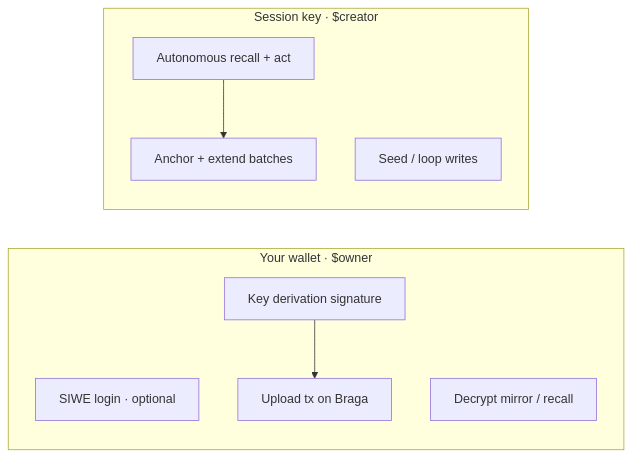
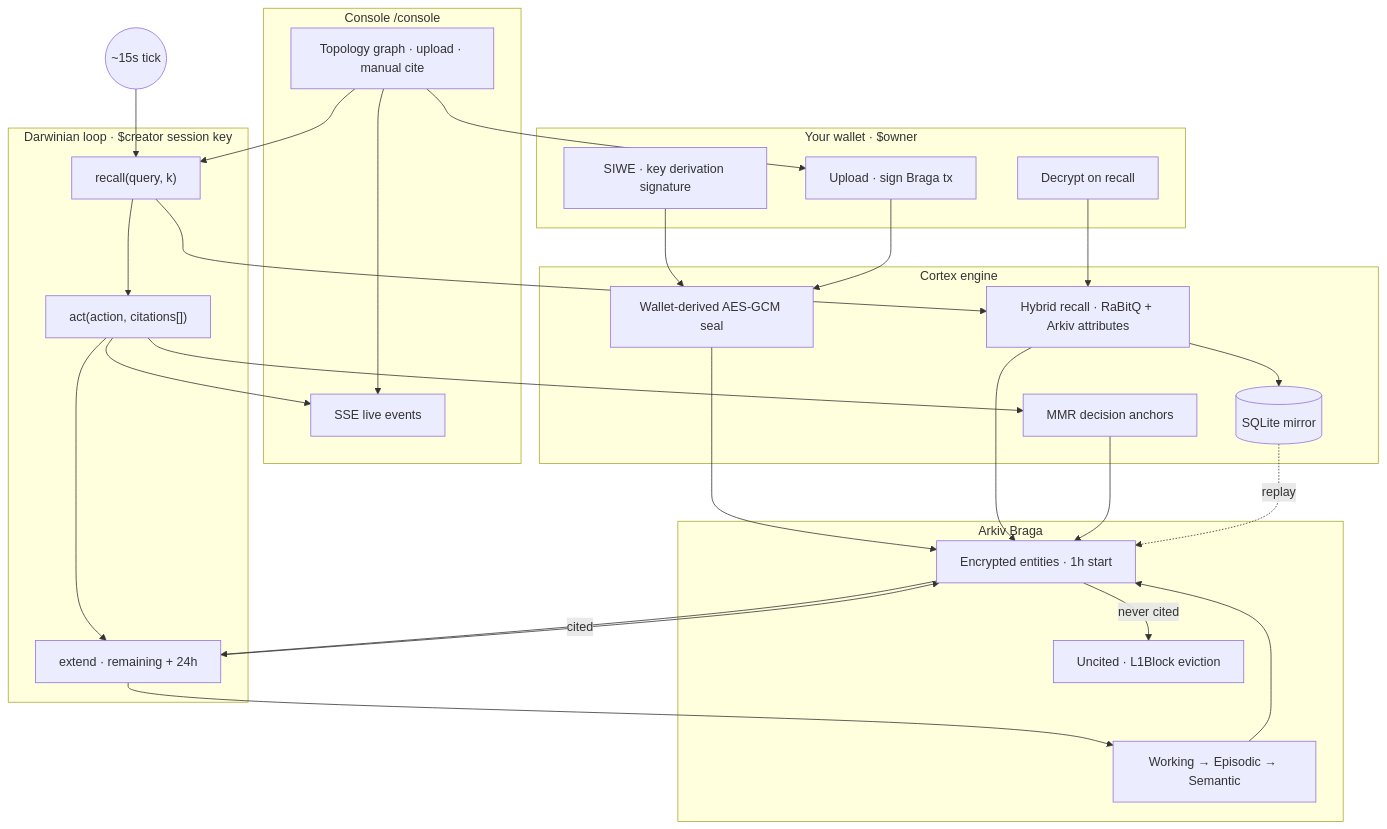
One commit to LingSiewWin/Cortex changed the diagram in README.md. Above: the diagram before and after it, drawn with Mermaid. The commit also changed other lines of this file, not shown here.

````diff
--- a/README.md
+++ b/README.md
@@ -161,16 +86,60 @@
 ```mermaid
-flowchart LR
-  subgraph You["Your wallet · $owner"]
-    U1[SIWE login · optional]
-    U2[Key derivation signature]
-    U3[Upload tx on Braga]
-    U4[Decrypt mirror / recall]
+flowchart TB
+  subgraph Owner["Your wallet · $owner"]
+    KD[SIWE · key derivation signature]
+    UP[Upload · sign Braga tx]
+    DEC[Decrypt on recall]
   end
-  subgraph Server["Session key · $creator"]
-    S1[Autonomous recall + act]
-    S2[Seed / loop writes]
-    S3[Anchor + extend batches]
+
+  subgraph Console["Console /console"]
+    UI[Topology graph · upload · manual cite]
+    SSE[SSE live events]
   end
-  U2 --> U3
-  S1 --> S3
+
+  subgraph Agent["Darwinian loop · $creator session key"]
+    REC["recall(query, k)"]
+    ACT["act(action, citations[])"]
+    EXT["extend · remaining + 24h"]
+  end
+
+  subgraph Engine["Cortex engine"]
+    RQ[Hybrid recall · RaBitQ + Arkiv attributes]
+    SEAL[Wallet-derived AES-GCM seal]
+    MIRROR[(SQLite mirror)]
+    PROOF[MMR decision anchors]
+  end
+
+  subgraph Arkiv["Arkiv Braga"]
+    MEM[Encrypted entities · 1h start]
+    LIFE[Working → Episodic → Semantic]
+    EVICT[Uncited · L1Block eviction]
+  end
+
+  UI --> UP
+  UI --> REC
+  UI --> SSE
+
+  KD --> SEAL
+  UP --> SEAL
+  SEAL --> MEM
+
+  REC --> RQ
+  RQ --> MIRROR
+  RQ --> MEM
+  DEC --> RQ
+
+  REC --> ACT
+  ACT --> EXT
+  EXT --> MEM
+  EXT --> LIFE
+  ACT --> PROOF
+  PROOF --> MEM
+  ACT --> SSE
+
+  LOOP((~15s tick)) --> REC
+
+  MEM -->|cited| EXT
+  MEM -->|never cited| EVICT
+  LIFE --> MEM
+  MIRROR -.replay.-> MEM
 ```
````
